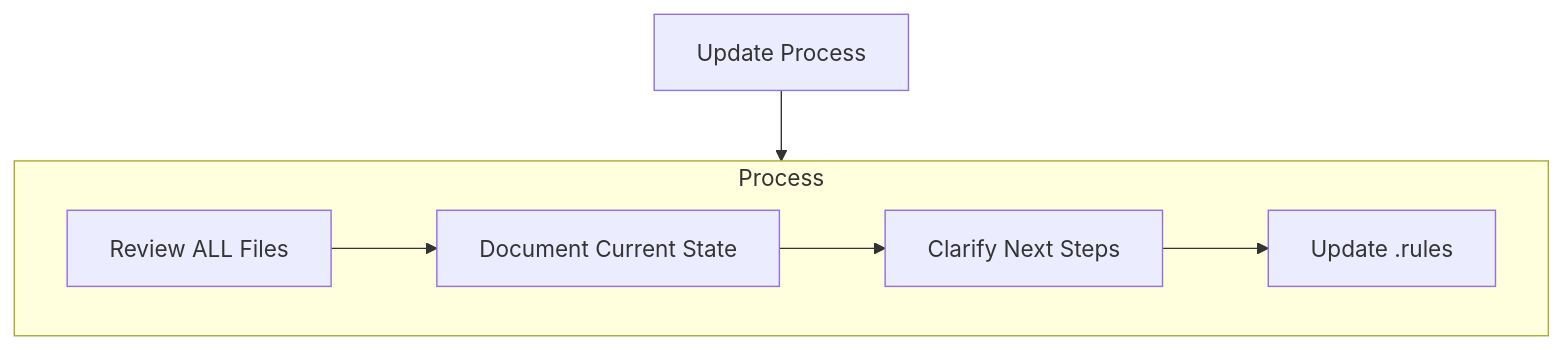
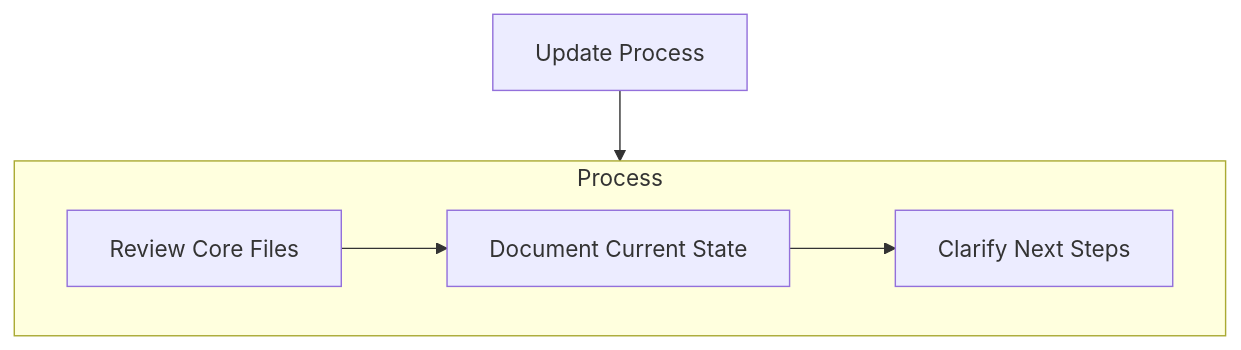
One commit to TrueCodePoet/Command-Bank changed the fourth of 4 diagrams in .github/core/memory-bank.md. Above: the diagram before and after it, drawn with Mermaid. The commit also changed other lines of this file and 7 other files, not shown here.

````diff
--- a/.github/core/memory-bank.md
+++ b/.github/core/memory-bank.md
@@ -147,13 +156,12 @@
 ```mermaid
 
 flowchart TD
     Start[Update Process]
     subgraph Process
-        P1[Review ALL Files]
+        P1[Review Core Files]
         P2[Document Current State]
         P3[Clarify Next Steps]
-        P4[Update .rules]
-        P1 --> P2 --> P3 --> P4
+        P1 --> P2 --> P3
     end
     Start --> Process
 ```
````
